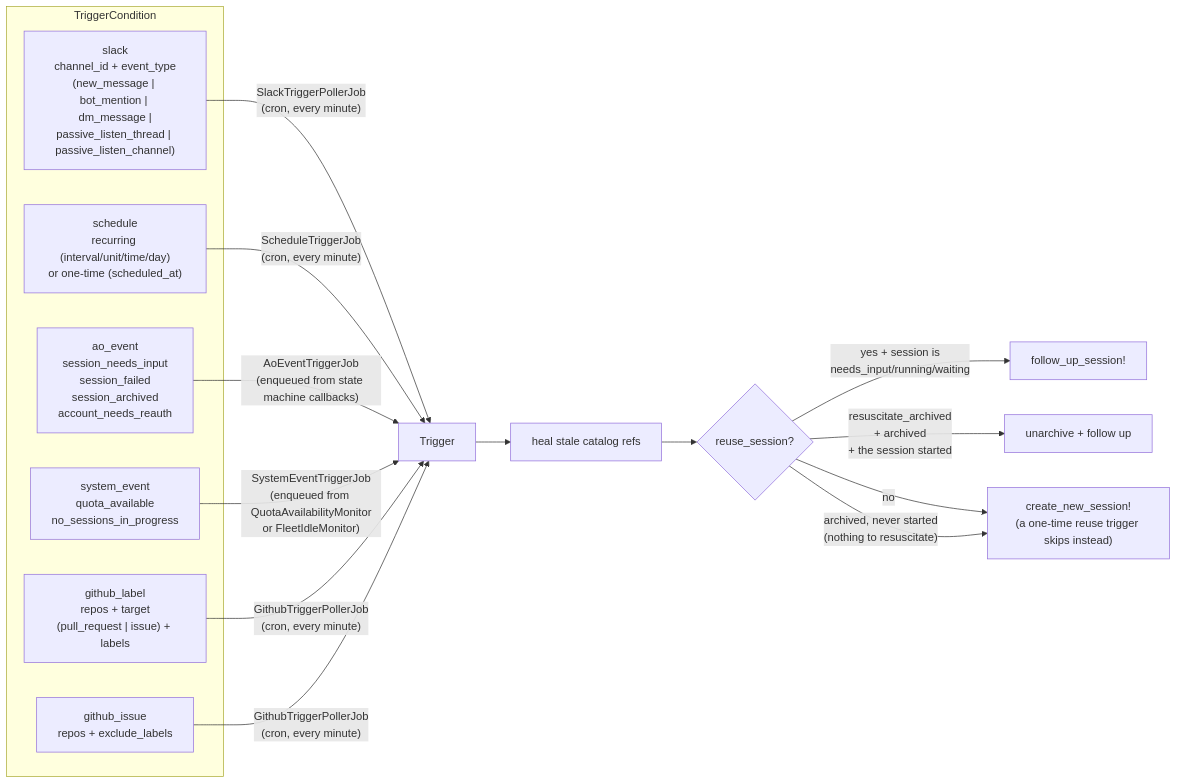
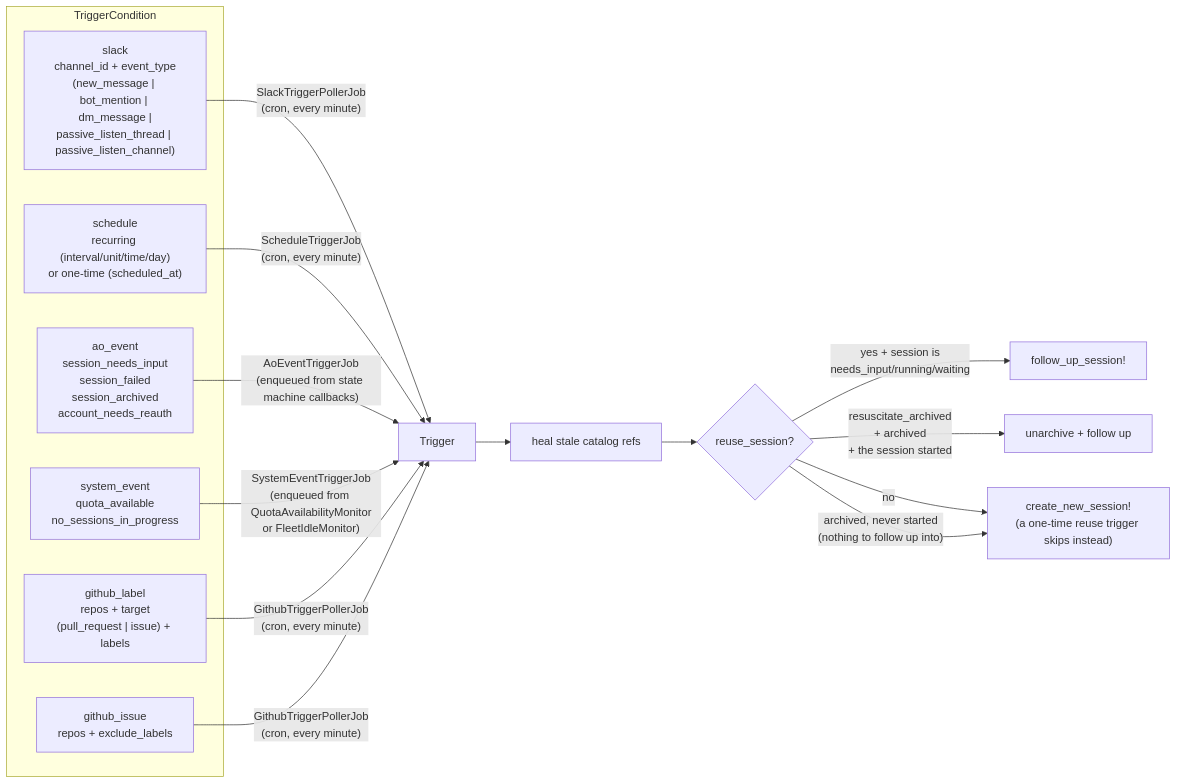
Before and after one commit to tadasant/zimmer: the first of 2 diagrams in docs/src/content/docs/sessions/triggers.md, drawn with Mermaid. The commit also changed other lines of this file and 7 other files, not shown here.

````diff
--- a/docs/src/content/docs/sessions/triggers.md
+++ b/docs/src/content/docs/sessions/triggers.md
@@ -15,25 +15,25 @@
 ```mermaid
 flowchart LR
     subgraph conditions["TriggerCondition"]
         SL["slack<br/>channel_id + event_type<br/>(new_message | bot_mention | dm_message |<br/>passive_listen_thread | passive_listen_channel)"]
         SC["schedule<br/>recurring (interval/unit/time/day)<br/>or one-time (scheduled_at)"]
         AO["ao_event<br/>session_needs_input<br/>session_failed<br/>session_archived<br/>account_needs_reauth"]
         SE["system_event<br/>quota_available<br/>no_sessions_in_progress"]
         GL["github_label<br/>repos + target<br/>(pull_request | issue) + labels"]
         GI["github_issue<br/>repos + exclude_labels"]
     end
 
     SL -->|"SlackTriggerPollerJob<br/>(cron, every minute)"| T["Trigger"]
     SC -->|"ScheduleTriggerJob<br/>(cron, every minute)"| T
     AO -->|"AoEventTriggerJob<br/>(enqueued from state machine callbacks)"| T
     SE -->|"SystemEventTriggerJob<br/>(enqueued from QuotaAvailabilityMonitor<br/>or FleetIdleMonitor)"| T
     GL -->|"GithubTriggerPollerJob<br/>(cron, every minute)"| T
     GI -->|"GithubTriggerPollerJob<br/>(cron, every minute)"| T
 
     T --> H["heal stale catalog refs"]
     H --> D{"reuse_session?"}
     D -->|"yes + session is<br/>needs_input/running/waiting"| FU["follow_up_session!"]
     D -->|"resuscitate_archived<br/>+ archived<br/>+ the session started"| RS["unarchive + follow up"]
     D -->|no| NEW["create_new_session!<br/>(a one-time reuse trigger skips instead)"]
-    D -->|"archived, never started<br/>(nothing to resuscitate)"| NEW
+    D -->|"archived, never started<br/>(nothing to follow up into)"| NEW
 ```
````
